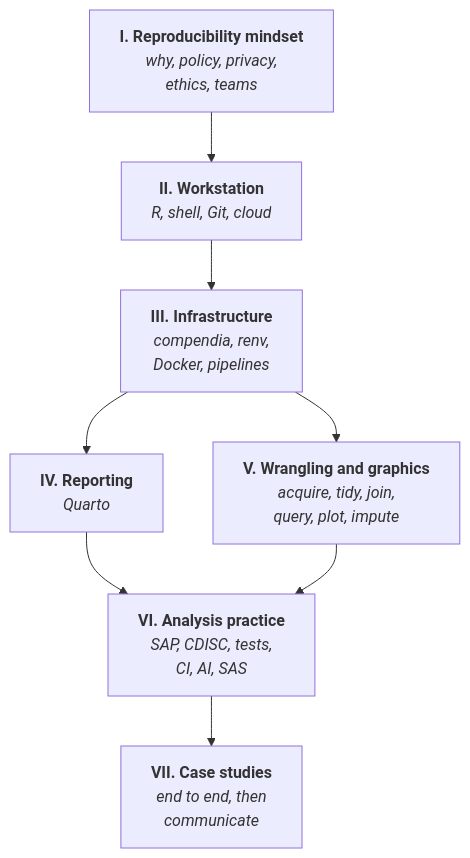
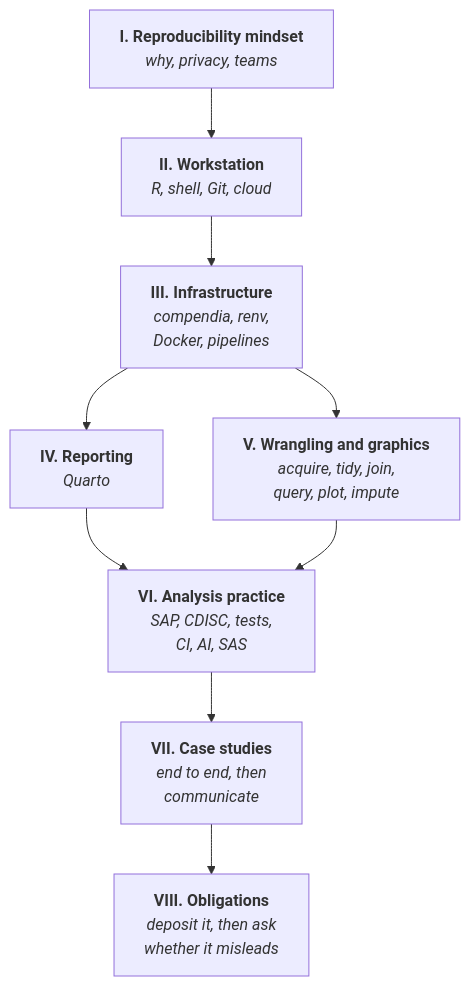
Before and after one commit to rgt47/practicum: the diagram in 00-intro.qmd, drawn with Mermaid. The commit also changed other lines of this file and 33 other files, not shown here.

````diff
--- a/00-intro.qmd
+++ b/00-intro.qmd
@@ -112,21 +122,24 @@
 ```{mermaid}
 %%| echo: false
 %%| label: fig-book-map
-%%| fig-cap: "The seven parts of the book and what each depends on.
+%%| fig-cap: "The eight parts of the book and what each depends on.
 %%|   Infrastructure is what makes the mindset operational; reporting
 %%|   is what the infrastructure produces; the analysis practice and
-%%|   the case studies rest on everything above them."
+%%|   the case studies rest on everything above them. The obligations
+%%|   come last because both depositing an artifact and judging
+%%|   whether it misleads presuppose that the artifact exists."
 flowchart TD
-  P1["<b>I. Reproducibility mindset</b><br/><i>why, policy, privacy,<br/>ethics, teams</i>"]
+  P1["<b>I. Reproducibility mindset</b><br/><i>why, privacy, teams</i>"]
   P2["<b>II. Workstation</b><br/><i>R, shell, Git, cloud</i>"]
   P3["<b>III. Infrastructure</b><br/><i>compendia, renv,<br/>Docker, pipelines</i>"]
   P4["<b>IV. Reporting</b><br/><i>Quarto</i>"]
   P5["<b>V. Wrangling and graphics</b><br/><i>acquire, tidy, join,<br/>query, plot, impute</i>"]
   P6["<b>VI. Analysis practice</b><br/><i>SAP, CDISC, tests,<br/>CI, AI, SAS</i>"]
   P7["<b>VII. Case studies</b><br/><i>end to end, then<br/>communicate</i>"]
+  P8["<b>VIII. Obligations</b><br/><i>deposit it, then ask<br/>whether it misleads</i>"]
   P1 --> P2 --> P3 --> P4
   P3 --> P5
   P4 --> P6
   P5 --> P6
-  P6 --> P7
+  P6 --> P7 --> P8
 ```
````
